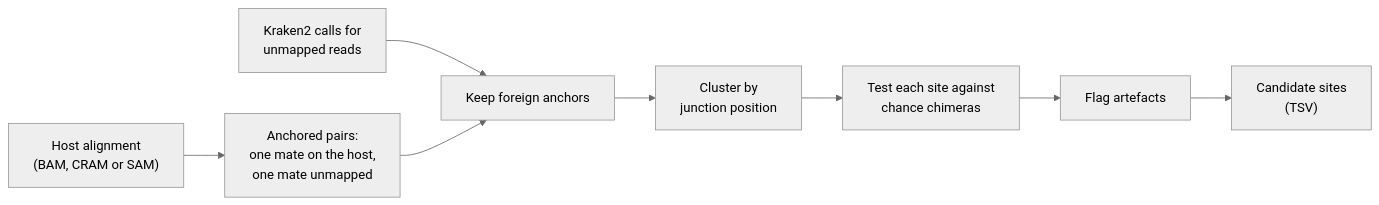
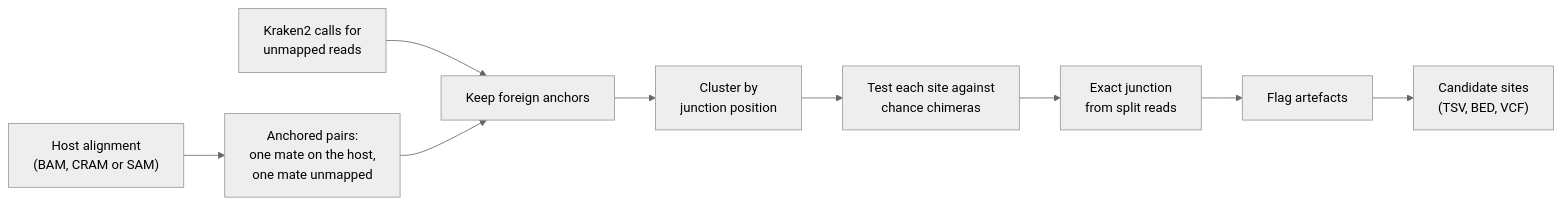
The diagram in README.md (iraajgangavaram/hgt-site), drawn with Mermaid (neutral theme) before and after one commit. The commit also changed other lines of this file and 4 other files, not shown here.

````diff
--- a/README.md
+++ b/README.md
@@ -49,10 +50,11 @@
 ```mermaid
 flowchart LR
     A["Host alignment<br/>(BAM, CRAM or SAM)"] --> C["Anchored pairs:<br/>one mate on the host,<br/>one mate unmapped"]
     B["Kraken2 calls for<br/>unmapped reads"] --> D["Keep foreign anchors"]
     C --> D
     D --> E["Cluster by<br/>junction position"]
     E --> F["Test each site against<br/>chance chimeras"]
-    F --> G["Flag artefacts"]
-    G --> H["Candidate sites<br/>(TSV)"]
+    F --> G["Exact junction<br/>from split reads"]
+    G --> H["Flag artefacts"]
+    H --> I["Candidate sites<br/>(TSV, BED, VCF)"]
 ```
````
